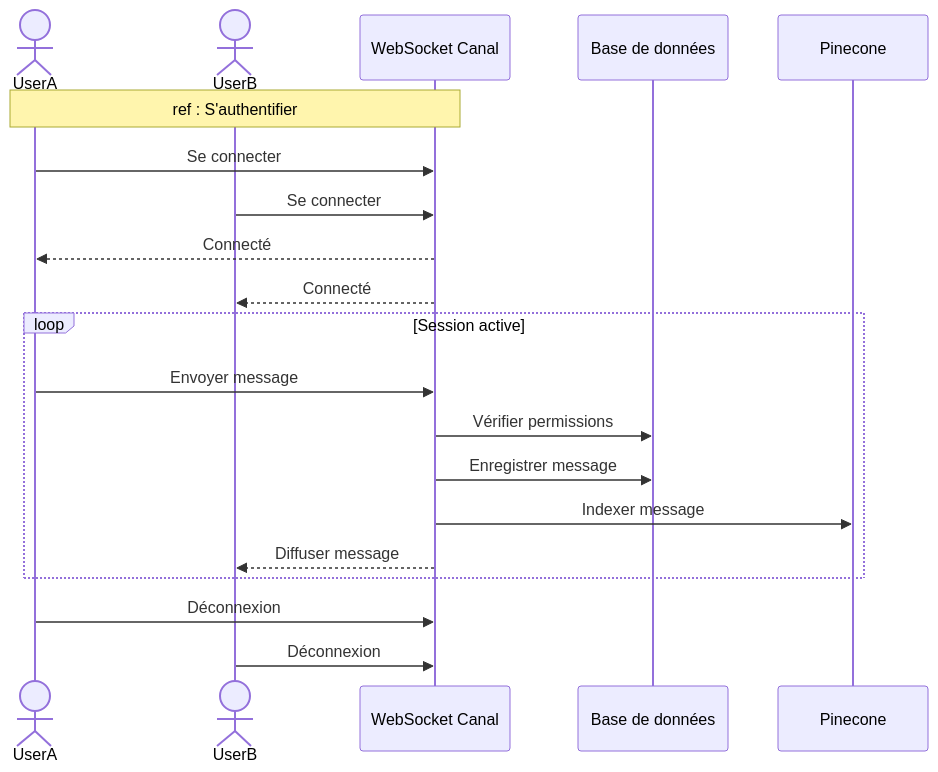
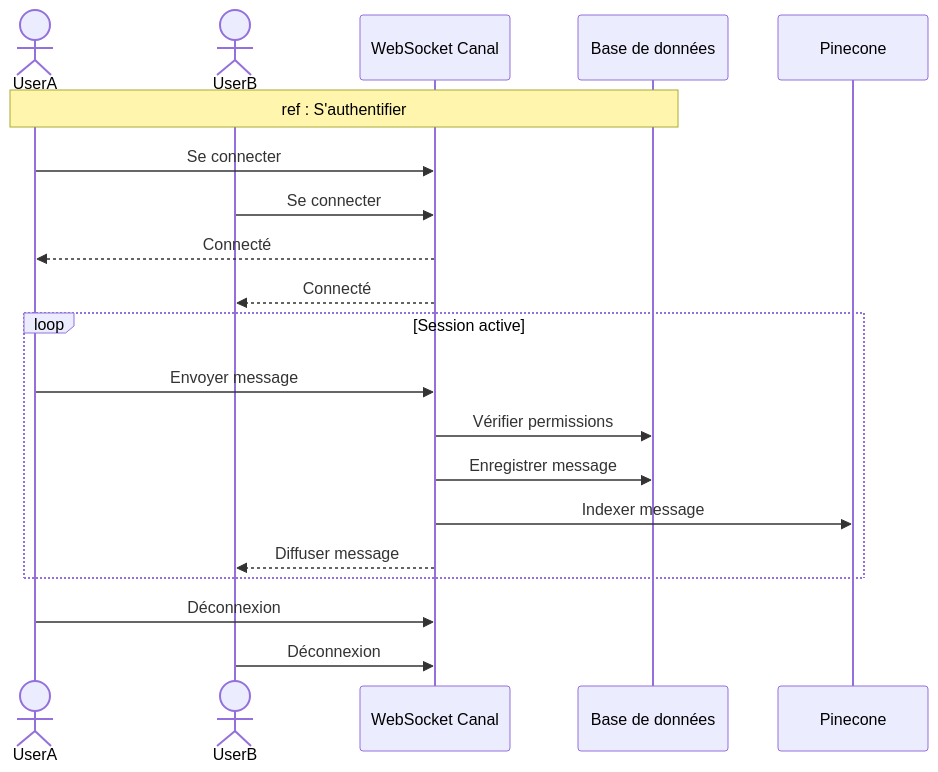
One commit to MohamedChebbi123/teamnest changed the ninth of 16 diagrams in docs/SEQUENCE_DIAGRAMS.md. Above: the diagram before and after it, drawn with Mermaid. The commit also changed other lines of this file, not shown here.

````diff
--- a/docs/SEQUENCE_DIAGRAMS.md
+++ b/docs/SEQUENCE_DIAGRAMS.md
@@ -273,26 +273,26 @@
 ```mermaid
 sequenceDiagram
     actor UserA
     actor UserB
     participant WS as WebSocket Canal
     participant DB as Base de données
     participant Vec as Pinecone
 
-    Note over UserA,WS: ref : S'authentifier
+    Note over UserA,DB: ref : S'authentifier
 
     UserA->>WS: Se connecter
     UserB->>WS: Se connecter
     WS-->>UserA: Connecté
     WS-->>UserB: Connecté
 
     loop Session active
         UserA->>WS: Envoyer message
         WS->>DB: Vérifier permissions
         WS->>DB: Enregistrer message
         WS->>Vec: Indexer message
         WS-->>UserB: Diffuser message
     end
 
     UserA->>WS: Déconnexion
     UserB->>WS: Déconnexion
 ```
````
